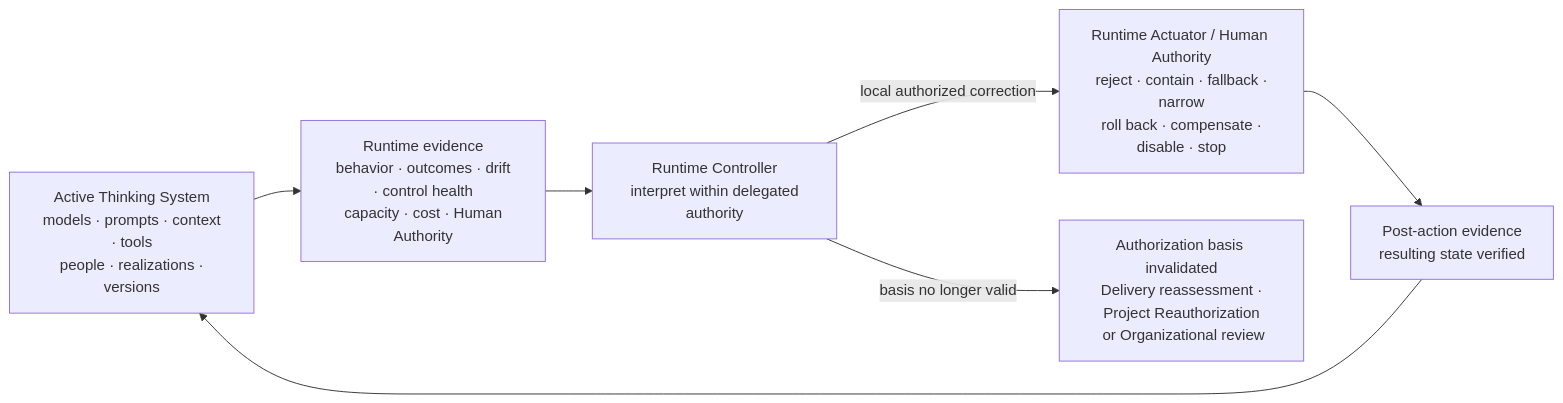
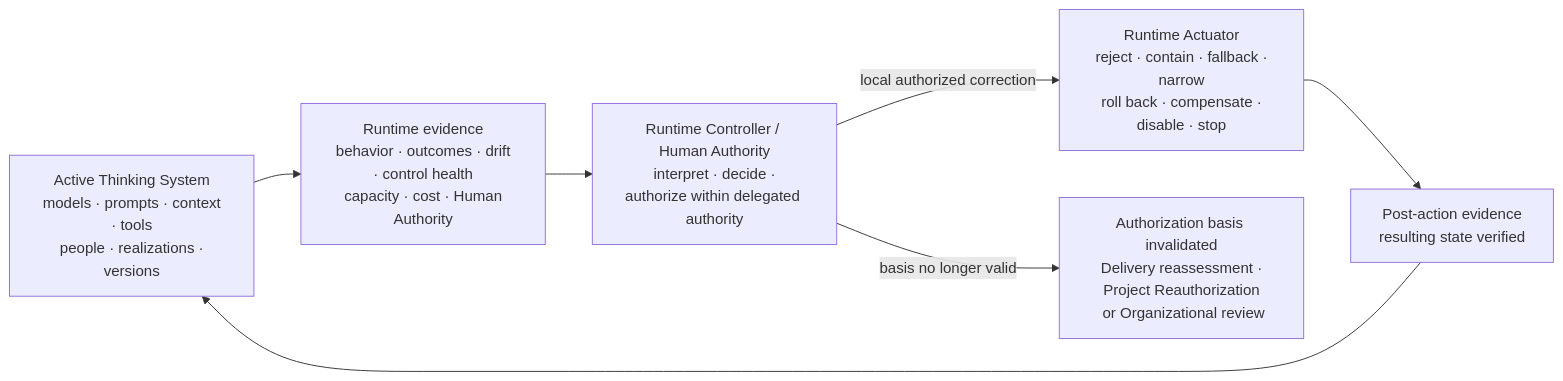
Before and after one commit to UncertaintyArchitectureGroup/uncertainty-architecture: diagram 13 of 15 in content/research/notes/open-engineering-specification-article-draft.md, drawn with Mermaid. The commit also changed other lines of this file and 1 other file, not shown here.

````diff
--- a/content/research/notes/open-engineering-specification-article-draft.md
+++ b/content/research/notes/open-engineering-specification-article-draft.md
@@ -704,13 +706,13 @@
 ```mermaid
 flowchart LR
     SYS["Active Thinking System<br/> models · prompts · context · tools<br/> people · realizations · versions"]
     OBS["Runtime evidence<br/> behavior · outcomes · drift · control health<br/> capacity · cost · Human Authority"]
-    CTRL["Runtime Controller<br/> interpret within delegated authority"]
-    ACT["Runtime Actuator / Human Authority<br/> reject · contain · fallback · narrow<br/> roll back · compensate · disable · stop"]
+    CTRL["Runtime Controller / Human Authority<br/> interpret · decide · authorize within delegated authority"]
+    ACT["Runtime Actuator<br/> reject · contain · fallback · narrow<br/> roll back · compensate · disable · stop"]
     VERIFY["Post-action evidence<br/> resulting state verified"]
     ESC["Authorization basis invalidated<br/> Delivery reassessment · Project Reauthorization<br/> or Organizational review"]
 
     SYS --> OBS --> CTRL
     CTRL -->|local authorized correction| ACT --> VERIFY --> SYS
     CTRL -->|basis no longer valid| ESC
 ```
````
